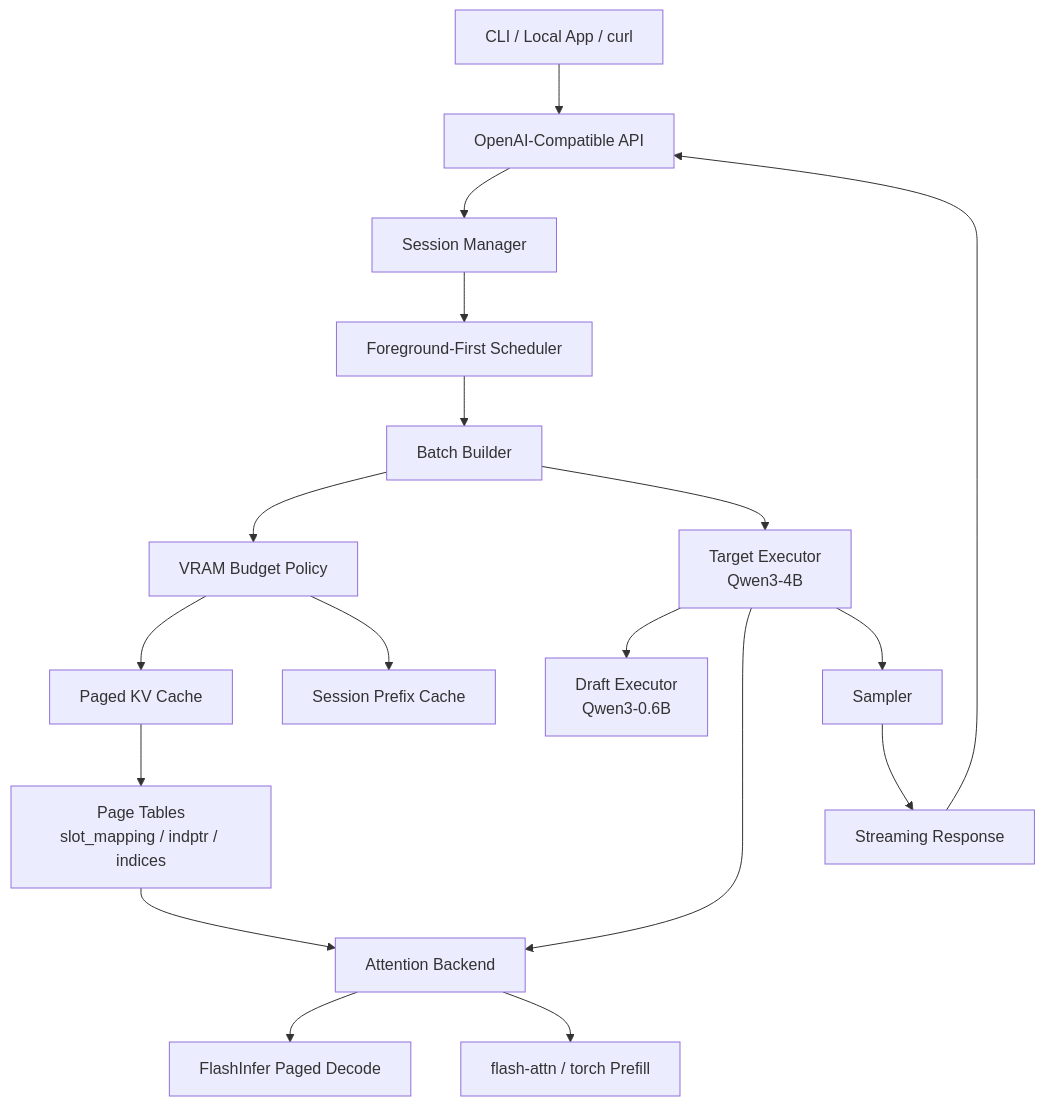
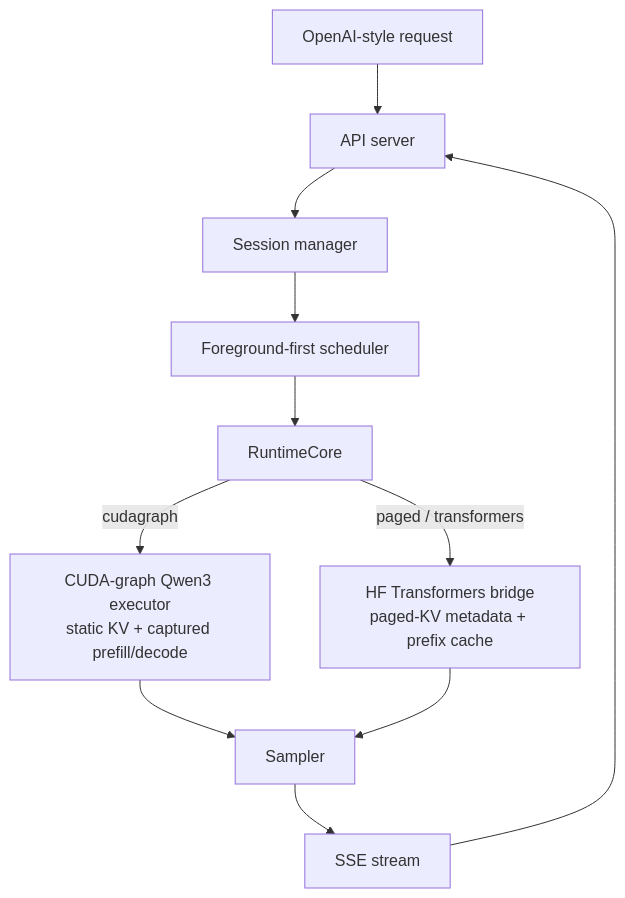
One commit to owen920831/SoloRT changed the diagram in README.md. Above: the diagram before and after it, drawn with Mermaid. The commit also changed other lines of this file and 4 other files, not shown here.

````diff
--- a/README.md
+++ b/README.md
@@ -30,22 +108,13 @@
 ```mermaid
 flowchart TD
-    A[CLI / Local App / curl] --> B[OpenAI-Compatible API]
-    B --> C[Session Manager]
-    C --> D[Foreground-First Scheduler]
-    D --> E[Batch Builder]
-    E --> F[VRAM Budget Policy]
-    F --> G[Paged KV Cache]
-    F --> H[Session Prefix Cache]
-
-    E --> I[Target Executor<br/>Qwen3-4B]
-    I --> J[Draft Executor<br/>Qwen3-0.6B]
-    I --> K[Attention Backend]
-    K --> L[FlashInfer Paged Decode]
-    K --> M[flash-attn / torch Prefill]
-
-    G --> N[Page Tables<br/>slot_mapping / indptr / indices]
-    N --> K
-    I --> O[Sampler]
-    O --> P[Streaming Response]
-    P --> B
+    A[OpenAI-style request] --> B[API server]
+    B --> C[Session manager]
+    C --> D[Foreground-first scheduler]
+    D --> E[RuntimeCore]
+    E -->|cudagraph| F[CUDA-graph Qwen3 executor<br/>static KV + captured prefill/decode]
+    E -->|paged / transformers| G[HF Transformers bridge<br/>paged-KV metadata + prefix cache]
+    F --> H[Sampler]
+    G --> H
+    H --> I[SSE stream]
+    I --> B
 ```
````
